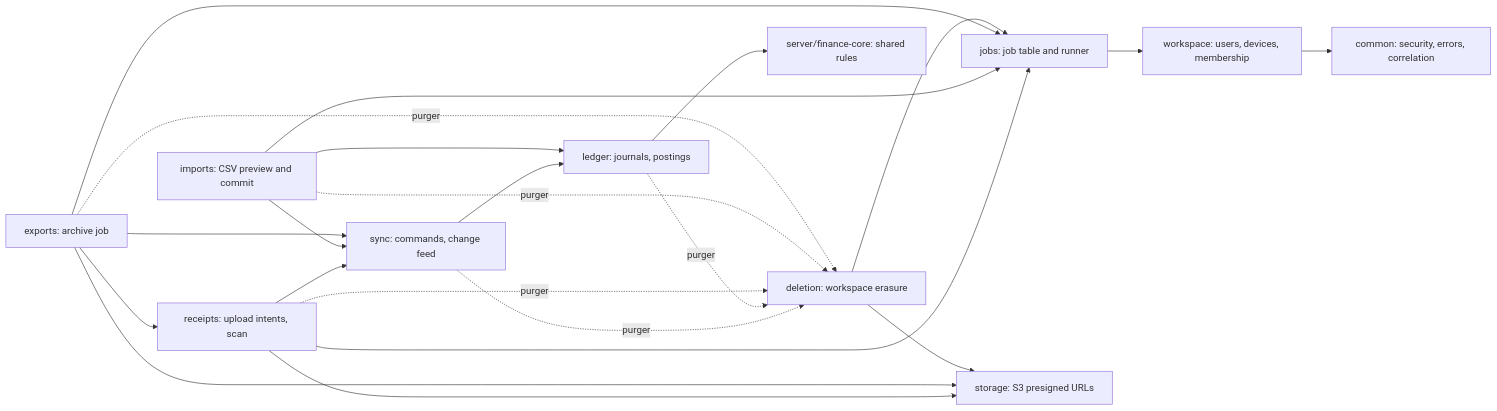
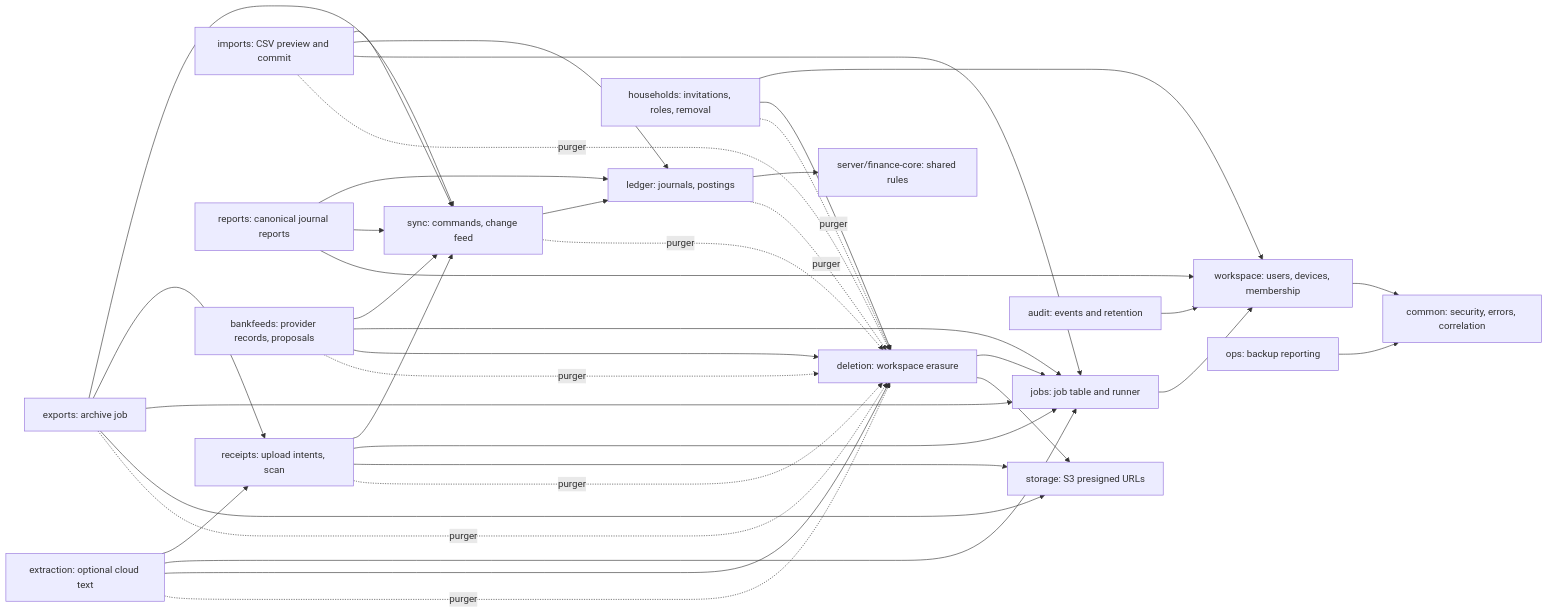
Before and after one commit to bovinemagnet/flutter-finances: the diagram in src/docs/modules/architecture/examples/server-modules.mmd, drawn with Mermaid. The commit also changed 25 other files, not shown here.

Commit message:
Document households, bank feeds, cloud extraction, P1 features and release engineering

```diff
--- a/src/docs/modules/architecture/examples/server-modules.mmd
+++ b/src/docs/modules/architecture/examples/server-modules.mmd
@@ -1,34 +1,56 @@
 flowchart LR
     common[common: security, errors, correlation]
     workspace[workspace: users, devices, membership]
     sync[sync: commands, change feed]
     ledger[ledger: journals, postings]
     receipts[receipts: upload intents, scan]
     imports[imports: CSV preview and commit]
     exports[exports: archive job]
     jobs[jobs: job table and runner]
     deletion[deletion: workspace erasure]
     storage[storage: S3 presigned URLs]
+    households[households: invitations, roles, removal]
+    reports[reports: canonical journal reports]
+    audit[audit: events and retention]
+    bankfeeds[bankfeeds: provider records, proposals]
+    extraction[extraction: optional cloud text]
+    ops[ops: backup reporting]
     core[server/finance-core: shared rules]
 
     workspace --> common
     jobs --> workspace
     sync --> ledger
     ledger --> core
     receipts --> sync
     receipts --> jobs
     receipts --> storage
     imports --> sync
     imports --> ledger
     imports --> jobs
     exports --> sync
     exports --> receipts
     exports --> jobs
     exports --> storage
     deletion --> jobs
     deletion --> storage
+    households --> workspace
+    households --> deletion
+    reports --> ledger
+    reports --> sync
+    reports --> workspace
+    audit --> workspace
+    bankfeeds --> sync
+    bankfeeds --> jobs
+    bankfeeds --> deletion
+    extraction --> receipts
+    extraction --> jobs
+    extraction --> deletion
+    ops --> common
+    households -.->|purger| deletion
+    bankfeeds -.->|purger| deletion
+    extraction -.->|purger| deletion
     sync -.->|purger| deletion
     ledger -.->|purger| deletion
     receipts -.->|purger| deletion
     imports -.->|purger| deletion
     exports -.->|purger| deletion
```
